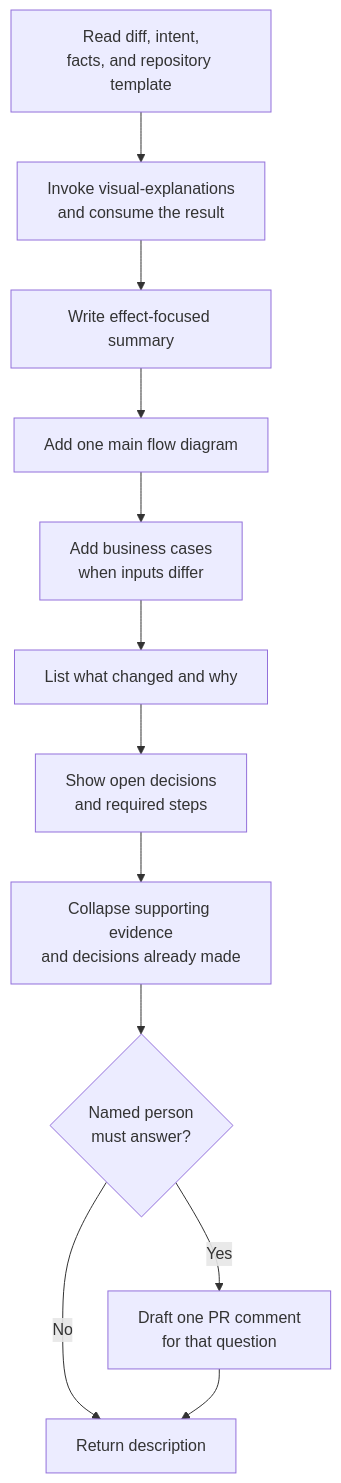
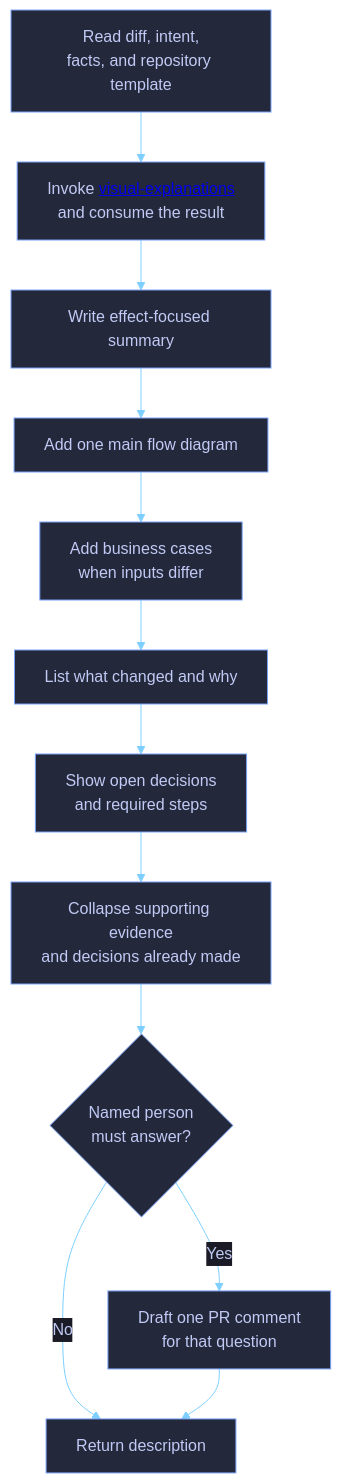
The first of 2 diagrams in docs/skill-workflows/pr-descriptions.md (dvo-dev/copilot-guidance), drawn with Mermaid before and after one commit. The commit also changed other lines of this file and 10 other files, not shown here.

Commit message:
Theme workflow diagrams and fix skill links

````diff
--- a/docs/skill-workflows/pr-descriptions.md
+++ b/docs/skill-workflows/pr-descriptions.md
@@ -14,16 +14,16 @@
 ```mermaid
+%%{init: {"theme":"base","themeVariables":{"background":"#1a1b26","primaryColor":"#24283b","primaryTextColor":"#c0caf5","primaryBorderColor":"#7aa2f7","secondaryColor":"#1f2335","secondaryTextColor":"#c0caf5","secondaryBorderColor":"#bb9af7","tertiaryColor":"#16161e","tertiaryTextColor":"#c0caf5","tertiaryBorderColor":"#7dcfff","lineColor":"#7dcfff","textColor":"#c0caf5","mainBkg":"#24283b","nodeBorder":"#7aa2f7","clusterBkg":"#16161e","clusterBorder":"#565f89","defaultLinkColor":"#7dcfff","edgeLabelBackground":"#1a1b26","titleColor":"#bb9af7","fontFamily":"ui-monospace, SFMono-Regular, Menlo, Monaco, Consolas, Liberation Mono, monospace"},"flowchart":{"curve":"basis","htmlLabels":true}}}%%
 flowchart TD
-    A["Read diff, intent,<br/>facts, and repository template"] --> B["Invoke visual-explanations<br/>and consume the result"]
+    A["Read diff, intent,<br/>facts, and repository template"] --> B["Invoke <a href='visual-explanations.md'>visual-explanations</a><br/>and consume the result"]
     B --> C["Write effect-focused summary"]
     C --> D["Add one main flow diagram"]
     D --> E["Add business cases<br/>when inputs differ"]
     E --> F["List what changed and why"]
     F --> G["Show open decisions<br/>and required steps"]
     G --> H["Collapse supporting evidence<br/>and decisions already made"]
     H --> I{"Named person<br/>must answer?"}
     I -->|Yes| J["Draft one PR comment<br/>for that question"]
     I -->|No| K["Return description"]
     J --> K
 
-    click B href "visual-explanations.md" "Open the visual-explanations workflow"
 ```
````
